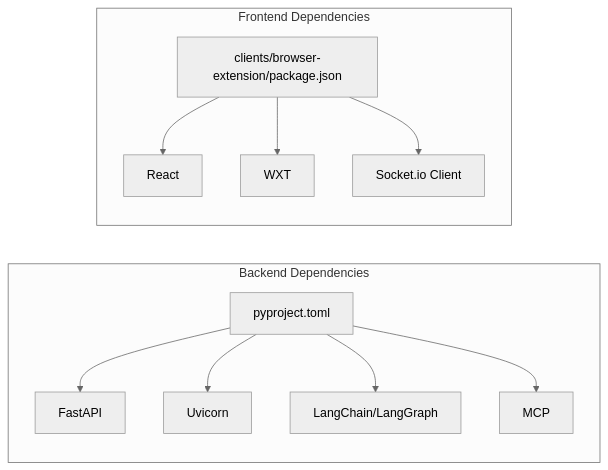
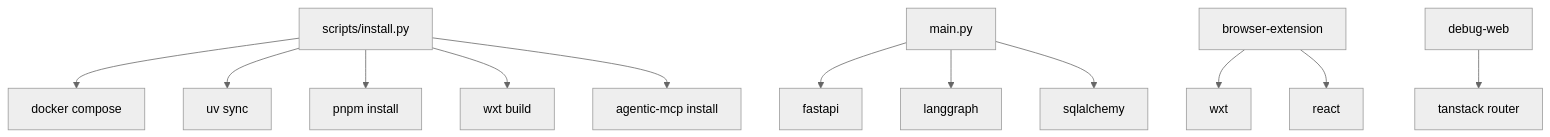
The third of 3 diagrams in src/data/docs/agentic-browser/Getting Started.md (tashifkhan/tashif.codes), drawn with Mermaid (neutral theme) before and after one commit. The commit also changed other lines of this file and 114 other files, not shown here.

Commit message:
docs(agentic-browser): update docs in place and expand coverage

````diff
--- a/src/data/docs/agentic-browser/Getting Started.md
+++ b/src/data/docs/agentic-browser/Getting Started.md
@@ -264,23 +201,14 @@
 ```mermaid
-graph LR
-subgraph "Backend Dependencies"
-P["pyproject.toml"]
-F["FastAPI"]
-U["Uvicorn"]
-L["LangChain/LangGraph"]
-M["MCP"]
-end
-subgraph "Frontend Dependencies"
-N["clients/browser-extension/package.json"]
-R["React"]
-W["WXT"]
-S["Socket.io Client"]
-end
-P --> F
-P --> U
-P --> L
-P --> M
-N --> R
-N --> W
-N --> S
+graph TB
+  Installer["scripts/install.py"] --> Docker["docker compose"]
+  Installer --> UV["uv sync"]
+  Installer --> PNPM["pnpm install"]
+  Installer --> Build["wxt build"]
+  Installer --> MCP["agentic-mcp install"]
+  API["main.py"] --> FastAPI["fastapi"]
+  API --> LangGraph["langgraph"]
+  API --> SQL["sqlalchemy"]
+  Extension["browser-extension"] --> WXT["wxt"]
+  Extension --> React["react"]
+  Console["debug-web"] --> Router["tanstack router"]
 ```
````
